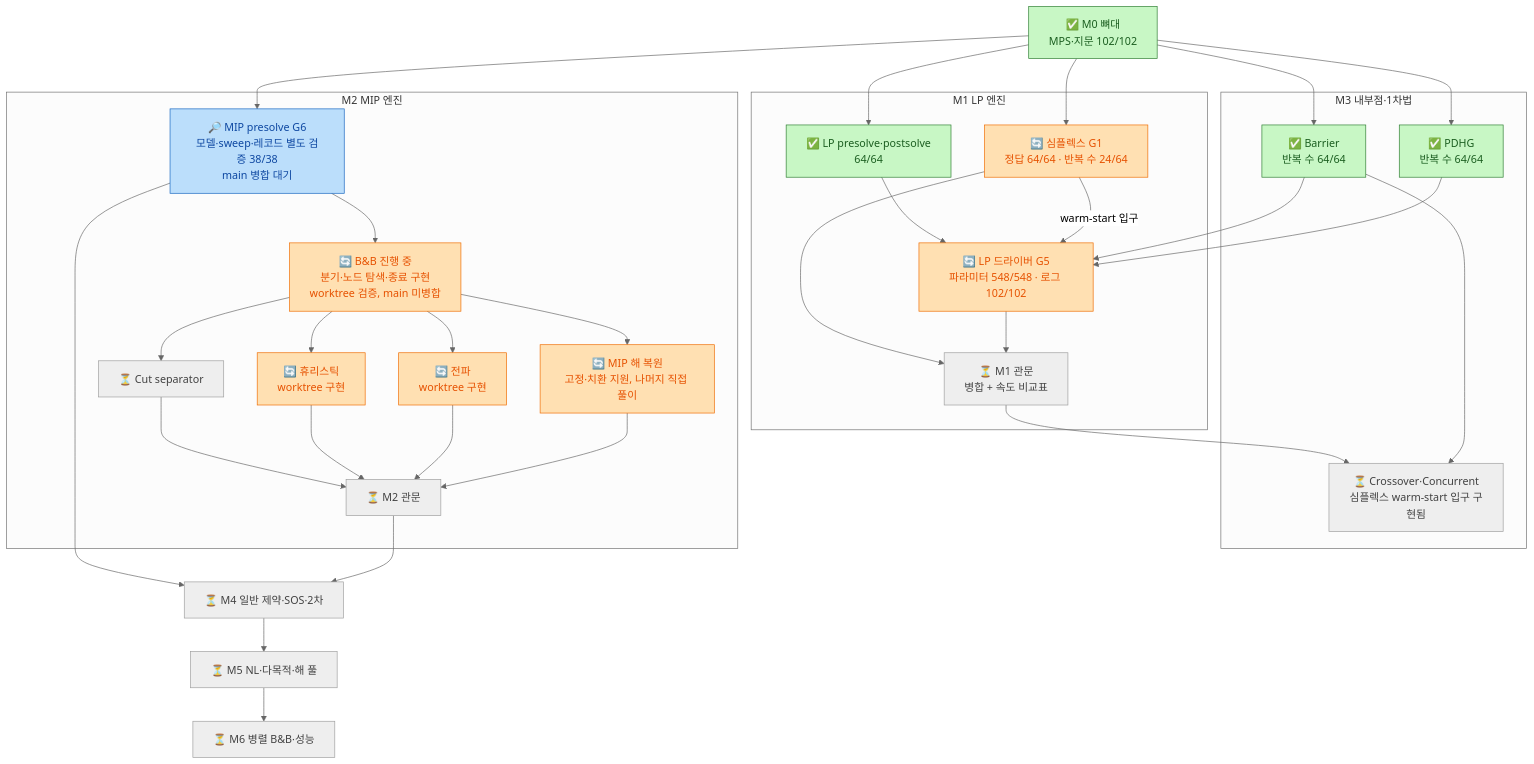
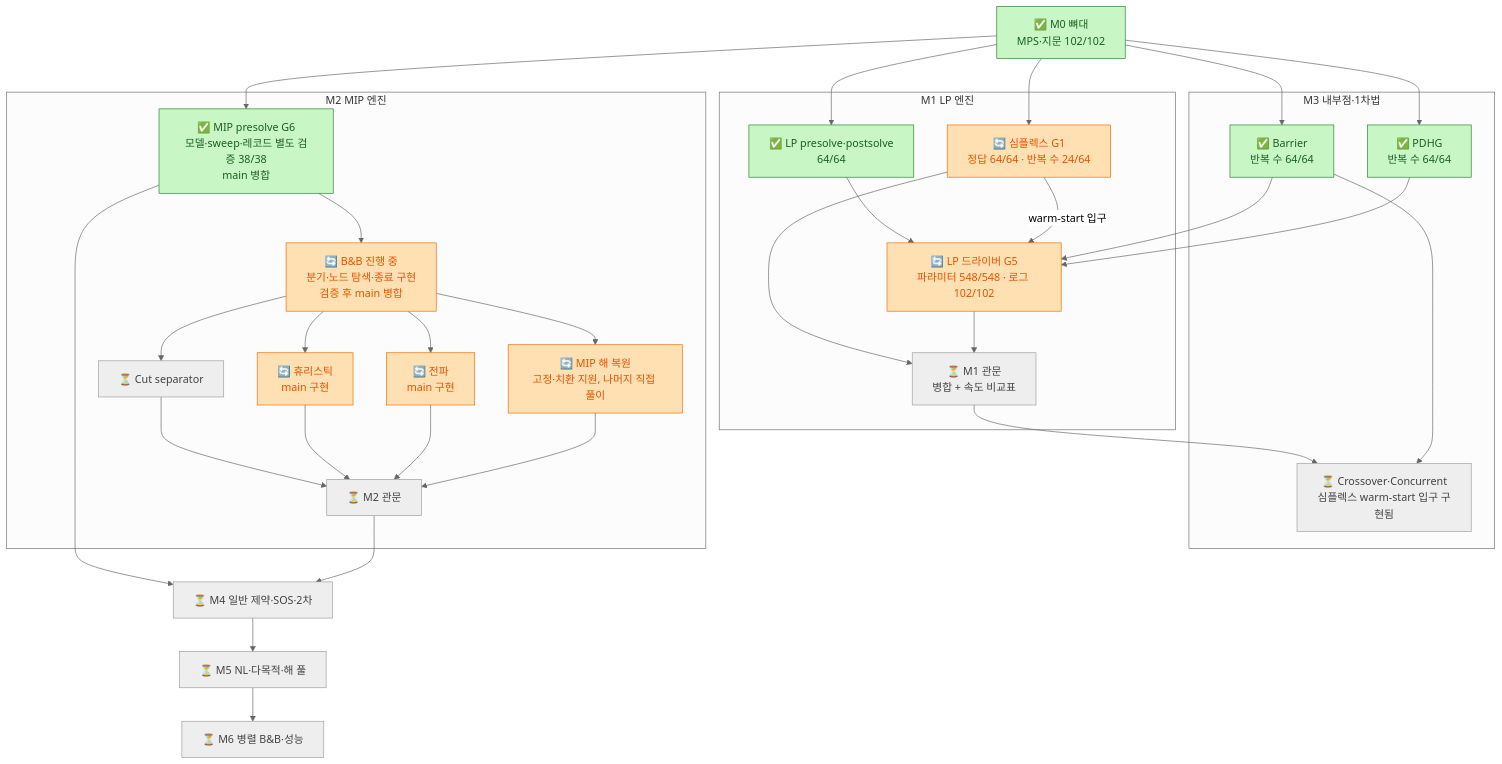
Before and after one commit to kjh278231/kerobi: the diagram in docs/12_roadmap_diagram.md, drawn with Mermaid (neutral theme). The commit also changed other lines of this file and 1 other file, not shown here.

Commit message:
docs: record MIP merge and remaining limits

````diff
--- a/docs/12_roadmap_diagram.md
+++ b/docs/12_roadmap_diagram.md
@@ -5,49 +5,49 @@
 ```mermaid
 flowchart TD
     classDef done fill:#c8f7c5,stroke:#2e7d32,color:#1b5e20
     classDef doing fill:#ffe0b2,stroke:#ef6c00,color:#e65100
     classDef pending fill:#bbdefb,stroke:#1565c0,color:#0d47a1
     classDef todo fill:#eeeeee,stroke:#9e9e9e,color:#424242
 
     M0["✅ M0 뼈대<br/>MPS·지문 102/102"]:::done
 
     subgraph M1["M1 LP 엔진"]
         PRE["✅ LP presolve·postsolve<br/>64/64"]:::done
         SPX["🔄 심플렉스 G1<br/>정답 64/64 · 반복 수 24/64"]:::doing
         DRV["🔄 LP 드라이버 G5<br/>파라미터 548/548 · 로그 102/102"]:::doing
         GATE1["⏳ M1 관문<br/>병합 + 속도 비교표"]:::todo
     end
 
     subgraph M3["M3 내부점·1차법"]
         BAR["✅ Barrier<br/>반복 수 64/64"]:::done
         PDHG["✅ PDHG<br/>반복 수 64/64"]:::done
         XO["⏳ Crossover·Concurrent<br/>심플렉스 warm-start 입구 구현됨"]:::todo
     end
 
     subgraph M2["M2 MIP 엔진"]
-        MPRE["🔎 MIP presolve G6<br/>모델·sweep·레코드 별도 검증 38/38<br/>main 병합 대기"]:::pending
-        BNB["🔄 B&B 진행 중<br/>분기·노드 탐색·종료 구현<br/>worktree 검증, main 미병합"]:::doing
+        MPRE["✅ MIP presolve G6<br/>모델·sweep·레코드 별도 검증 38/38<br/>main 병합"]:::done
+        BNB["🔄 B&B 진행 중<br/>분기·노드 탐색·종료 구현<br/>검증 후 main 병합"]:::doing
         CUT["⏳ Cut separator"]:::todo
-        HEU["🔄 휴리스틱<br/>worktree 구현"]:::doing
-        PROP["🔄 전파<br/>worktree 구현"]:::doing
+        HEU["🔄 휴리스틱<br/>main 구현"]:::doing
+        PROP["🔄 전파<br/>main 구현"]:::doing
         POST["🔄 MIP 해 복원<br/>고정·치환 지원, 나머지 직접 풀이"]:::doing
         GATE2["⏳ M2 관문"]:::todo
     end
 
     M4["⏳ M4 일반 제약·SOS·2차"]:::todo
     M5["⏳ M5 NL·다목적·해 풀"]:::todo
     M6["⏳ M6 병렬 B&B·성능"]:::todo
 
     M0 --> PRE & SPX & BAR & PDHG & MPRE
     PRE --> DRV
     BAR & PDHG --> DRV
     SPX -- "warm-start 입구" --> DRV
     SPX & DRV --> GATE1
     GATE1 --> XO
     BAR --> XO
     MPRE --> BNB
     BNB --> CUT & HEU & PROP & POST
     CUT & HEU & PROP & POST --> GATE2
     MPRE --> M4
     GATE2 --> M4 --> M5 --> M6
 ```
````
